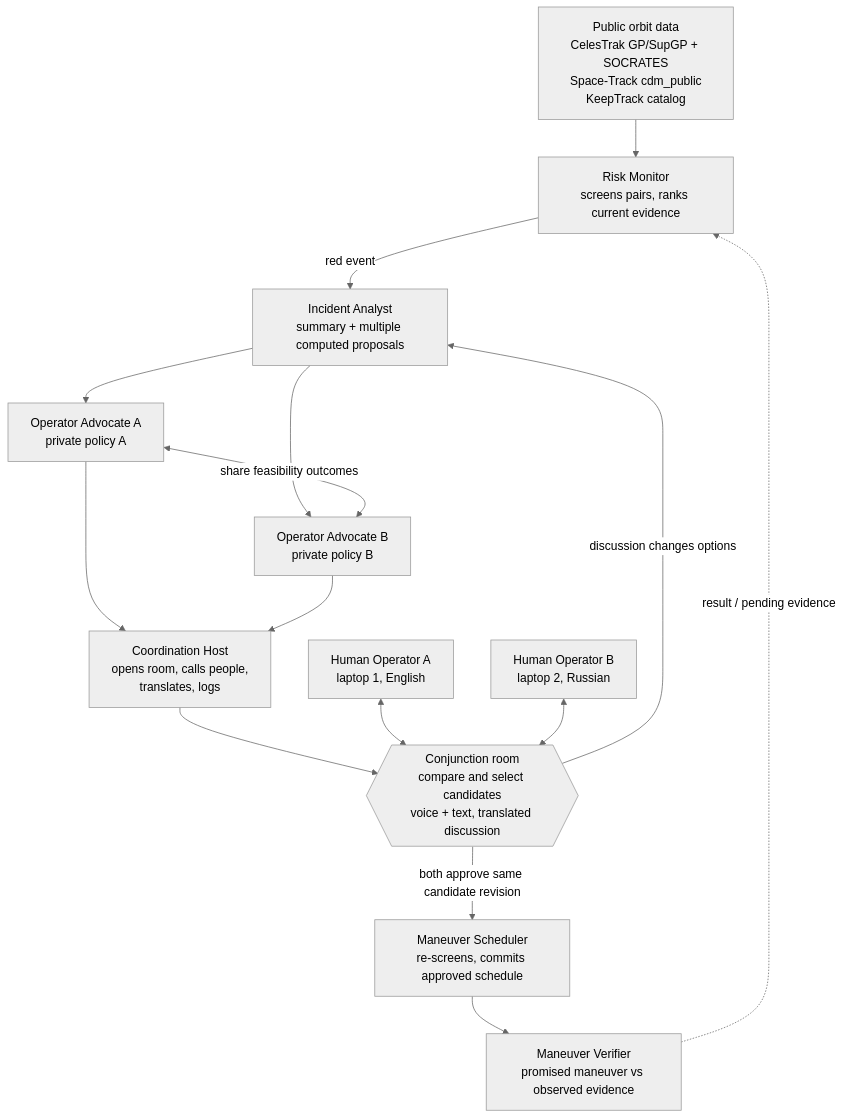
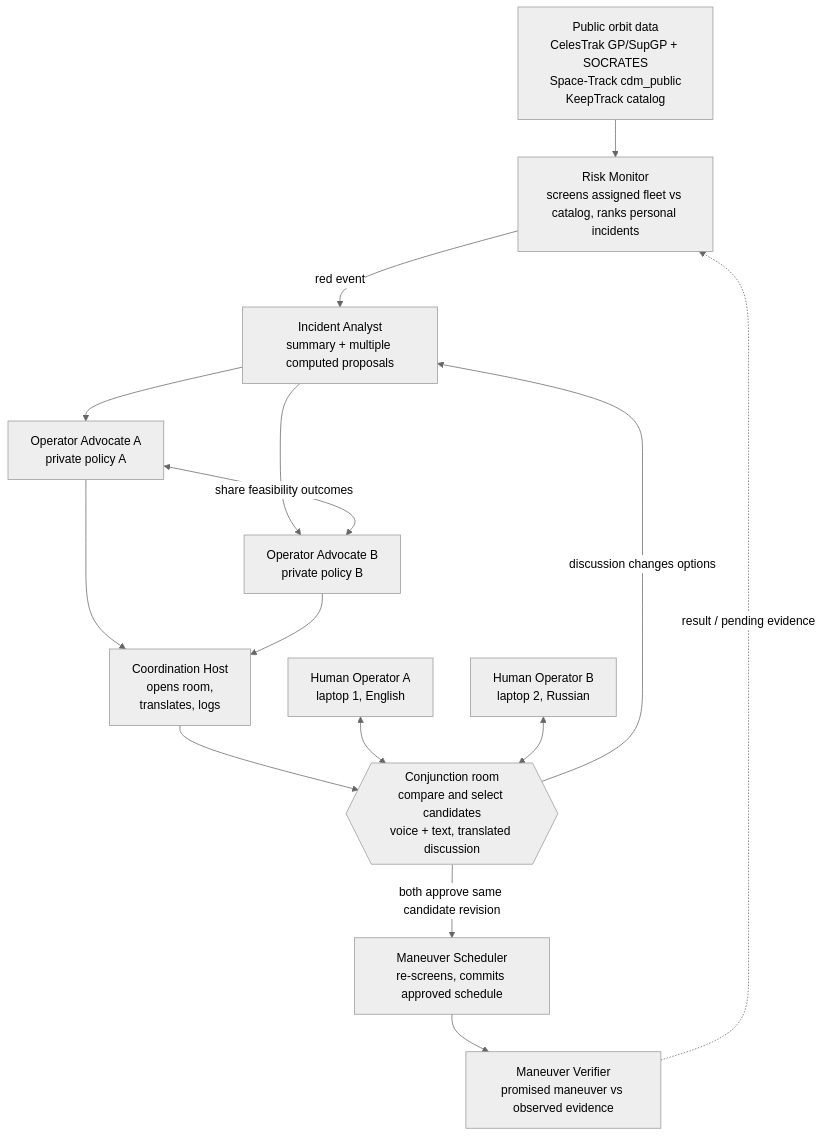
The diagram in docs/plan-v1.md (ksavkin/OrbitCall), drawn with Mermaid (neutral theme) before and after one commit. The commit also changed other lines of this file and 8 other files, not shown here.

Commit message:
Document assigned-fleet workflow, priorities and approval decisions

````diff
--- a/docs/plan-v1.md
+++ b/docs/plan-v1.md
@@ -131,17 +133,17 @@
 ```mermaid
 flowchart TD
-    D["Public orbit data<br/>CelesTrak GP/SupGP + SOCRATES<br/>Space-Track cdm_public<br/>KeepTrack catalog"] --> S[Risk Monitor<br/>screens pairs, ranks current evidence]
+    D["Public orbit data<br/>CelesTrak GP/SupGP + SOCRATES<br/>Space-Track cdm_public<br/>KeepTrack catalog"] --> S[Risk Monitor<br/>screens assigned fleet vs catalog, ranks personal incidents]
     S -- "red event" --> AN[Incident Analyst<br/>summary + multiple computed proposals]
     AN --> OA[Operator Advocate A<br/>private policy A]
     AN --> OB[Operator Advocate B<br/>private policy B]
     OA <-- "share feasibility outcomes" --> OB
-    OA --> DI[Coordination Host<br/>opens room, calls people,<br/>translates, logs]
+    OA --> DI[Coordination Host<br/>opens room,<br/>translates, logs]
     OB --> DI
     DI --> R{{"Conjunction room<br/>compare and select candidates<br/>voice + text, translated discussion"}}
     HA["Human Operator A<br/>laptop 1, English"] <--> R
     HB["Human Operator B<br/>laptop 2, Russian"] <--> R
     R -- "discussion changes options" --> AN
     R -- "both approve same candidate revision" --> EX[Maneuver Scheduler<br/>re-screens, commits approved schedule]
     EX --> VE[Maneuver Verifier<br/>promised maneuver vs observed evidence]
     VE -. "result / pending evidence" .-> S
 ```
````
